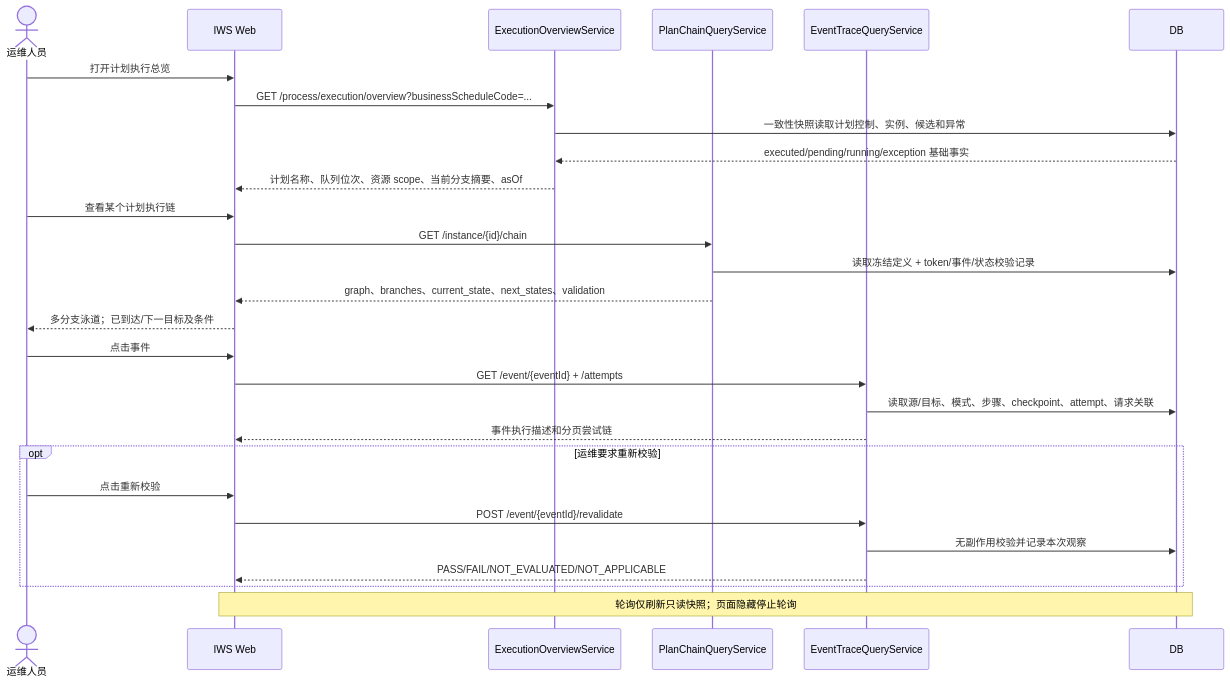
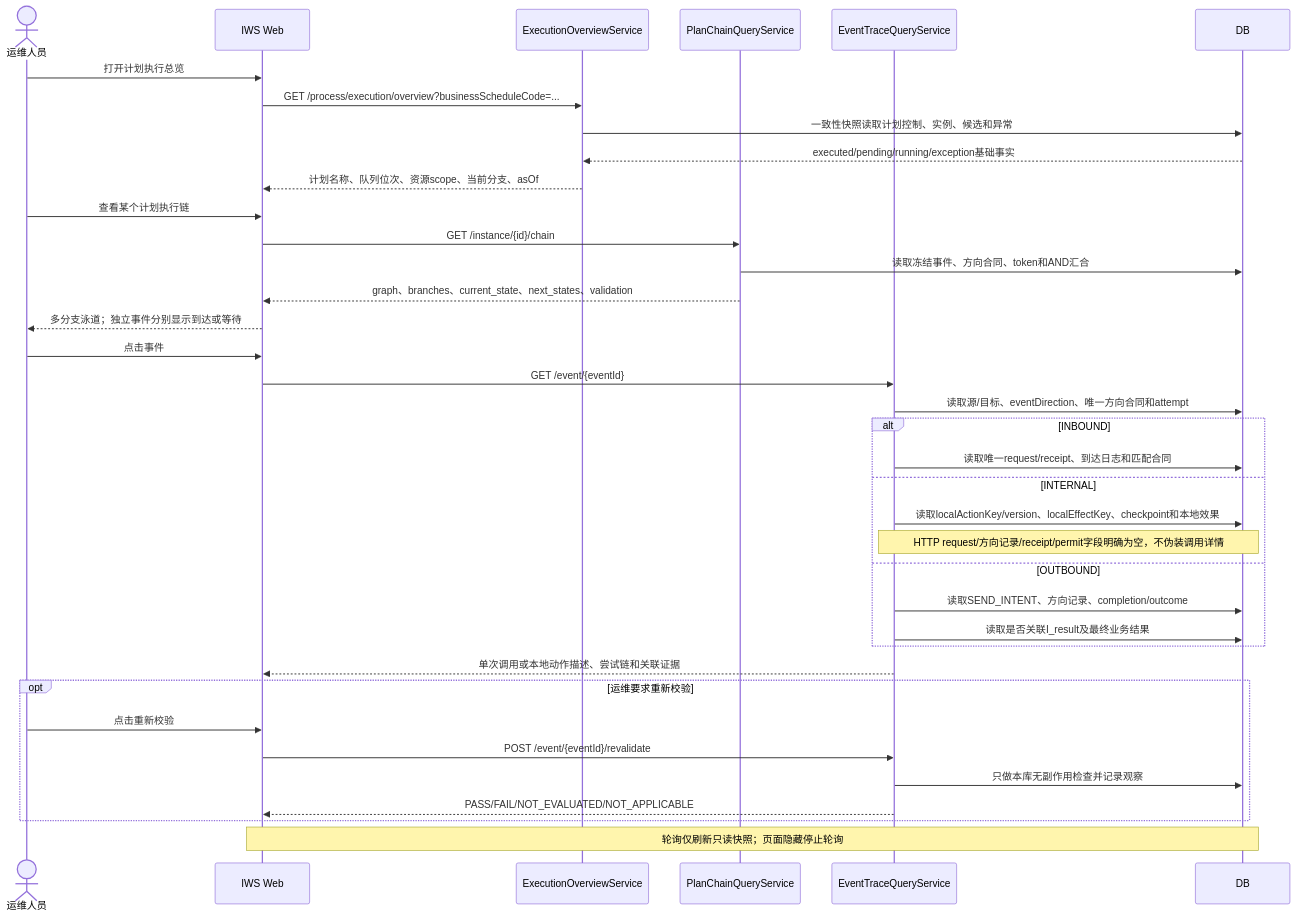
Diagram 15 of 36 in docs/plan-event-state-machine-sequences.md (Yohmien/innolux-iws), drawn with Mermaid before and after one commit. The commit also changed other lines of this file and 3 other files, not shown here.

````diff
--- a/docs/plan-event-state-machine-sequences.md
+++ b/docs/plan-event-state-machine-sequences.md
@@ -560,30 +829,39 @@
 ```mermaid
 sequenceDiagram
   actor U as 运维人员
   participant W as IWS Web
   participant P as ExecutionOverviewService
   participant Q as PlanChainQueryService
   participant T as EventTraceQueryService
   participant D as DB
   U->>W: 打开计划执行总览
   W->>P: GET /process/execution/overview?businessScheduleCode=...
   P->>D: 一致性快照读取计划控制、实例、候选和异常
-  D-->>P: executed/pending/running/exception 基础事实
-  P-->>W: 计划名称、队列位次、资源 scope、当前分支摘要、asOf
+  D-->>P: executed/pending/running/exception基础事实
+  P-->>W: 计划名称、队列位次、资源scope、当前分支、asOf
   U->>W: 查看某个计划执行链
   W->>Q: GET /instance/{id}/chain
-  Q->>D: 读取冻结定义 + token/事件/状态校验记录
+  Q->>D: 读取冻结事件、方向合同、token和AND汇合
   Q-->>W: graph、branches、current_state、next_states、validation
-  W-->>U: 多分支泳道；已到达/下一目标及条件
+  W-->>U: 多分支泳道；独立事件分别显示到达或等待
   U->>W: 点击事件
-  W->>T: GET /event/{eventId} + /attempts
-  T->>D: 读取源/目标、模式、步骤、checkpoint、attempt、请求关联
-  T-->>W: 事件执行描述和分页尝试链
+  W->>T: GET /event/{eventId}
+  T->>D: 读取源/目标、eventDirection、唯一方向合同和attempt
+  alt INBOUND
+    T->>D: 读取唯一request/receipt、到达日志和匹配合同
+  else INTERNAL
+    T->>D: 读取localActionKey/version、localEffectKey、checkpoint和本地效果
+    Note over T,D: HTTP request/方向记录/receipt/permit字段明确为空，不伪装调用详情
+  else OUTBOUND
+    T->>D: 读取SEND_INTENT、方向记录、completion/outcome
+    T->>D: 读取是否关联I_result及最终业务结果
+  end
+  T-->>W: 单次调用或本地动作描述、尝试链和关联证据
   opt 运维要求重新校验
     U->>W: 点击重新校验
     W->>T: POST /event/{eventId}/revalidate
-    T->>D: 无副作用校验并记录本次观察
+    T->>D: 只做本库无副作用检查并记录观察
     T-->>W: PASS/FAIL/NOT_EVALUATED/NOT_APPLICABLE
   end
   Note over W,D: 轮询仅刷新只读快照；页面隐藏停止轮询
 ```
````
